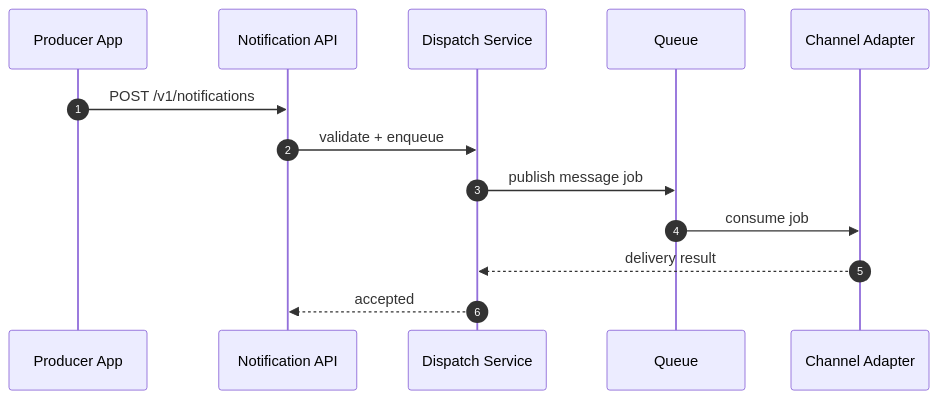
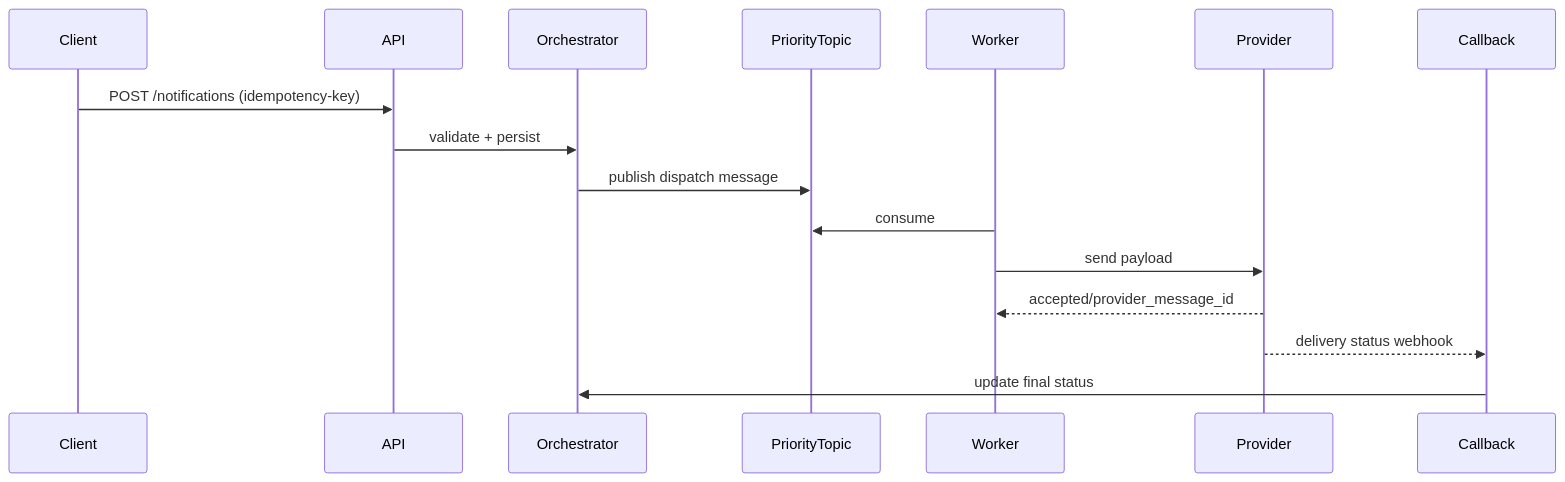
Before and after one commit to 0Ankit0/Project-Ideas: the diagram in Messaging and Notification Platform/detailed-design/sequence-diagrams.md, drawn with Mermaid. The commit also changed other lines of this file and 37 other files, not shown here.

Commit message:
Make messaging docs implementation-ready with detailed diagrams and runbooks

````diff
--- a/Messaging and Notification Platform/detailed-design/sequence-diagrams.md
+++ b/Messaging and Notification Platform/detailed-design/sequence-diagrams.md
@@ -3,16 +10,18 @@
 ```mermaid
 sequenceDiagram
-  autonumber
-  participant App as Producer App
-  participant API as Notification API
-  participant Svc as Dispatch Service
-  participant MQ as Queue
-  participant Ch as Channel Adapter
-
-  App->>API: POST /v1/notifications
-  API->>Svc: validate + enqueue
-  Svc->>MQ: publish message job
-  MQ->>Ch: consume job
-  Ch-->>Svc: delivery result
-  Svc-->>API: accepted
+  participant Client
+  participant API
+  participant Orchestrator
+  participant Topic as PriorityTopic
+  participant Worker
+  participant Provider
+  participant Callback
+  Client->>API: POST /notifications (idempotency-key)
+  API->>Orchestrator: validate + persist
+  Orchestrator->>Topic: publish dispatch message
+  Worker->>Topic: consume
+  Worker->>Provider: send payload
+  Provider-->>Worker: accepted/provider_message_id
+  Provider-->>Callback: delivery status webhook
+  Callback->>Orchestrator: update final status
 ```
````
